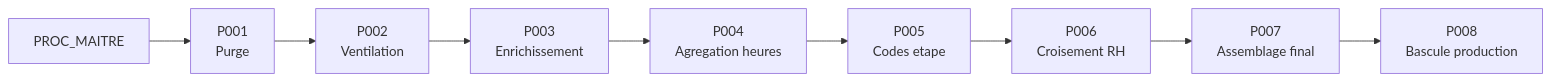
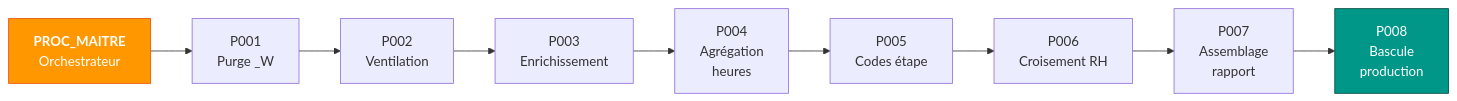
One commit to gpilliat/adestats-documentation changed the second of 3 diagrams in README.md. Above: the diagram before and after it, drawn with Mermaid. The commit also changed other lines of this file, not shown here.

````diff
--- a/README.md
+++ b/README.md
@@ -67,12 +82,17 @@
 ```mermaid
-flowchart LR
-    M["PROC_MAITRE"] --> P1["P001<br/>Purge"]
-    P1 --> P2["P002<br/>Ventilation"]
-    P2 --> P3["P003<br/>Enrichissement"]
-    P3 --> P4["P004<br/>Agregation heures"]
-    P4 --> P5["P005<br/>Codes etape"]
-    P5 --> P6["P006<br/>Croisement RH"]
-    P6 --> P7["P007<br/>Assemblage final"]
-    P7 --> P8["P008<br/>Bascule production"]
+graph LR
+    M["<b>PROC_MAITRE</b><br/>Orchestrateur"]
+    P1["P001<br/>Purge _W"]
+    P2["P002<br/>Ventilation"]
+    P3["P003<br/>Enrichissement"]
+    P4["P004<br/>Agrégation<br/>heures"]
+    P5["P005<br/>Codes étape"]
+    P6["P006<br/>Croisement RH"]
+    P7["P007<br/>Assemblage<br/>rapport"]
+    P8["P008<br/>Bascule<br/>production"]
 
+    M --> P1 --> P2 --> P3 --> P4 --> P5 --> P6 --> P7 --> P8
+
+    style M fill:#FF9800,stroke:#E65100,color:#fff
+    style P8 fill:#009688,stroke:#004D40,color:#fff
 ```
````
